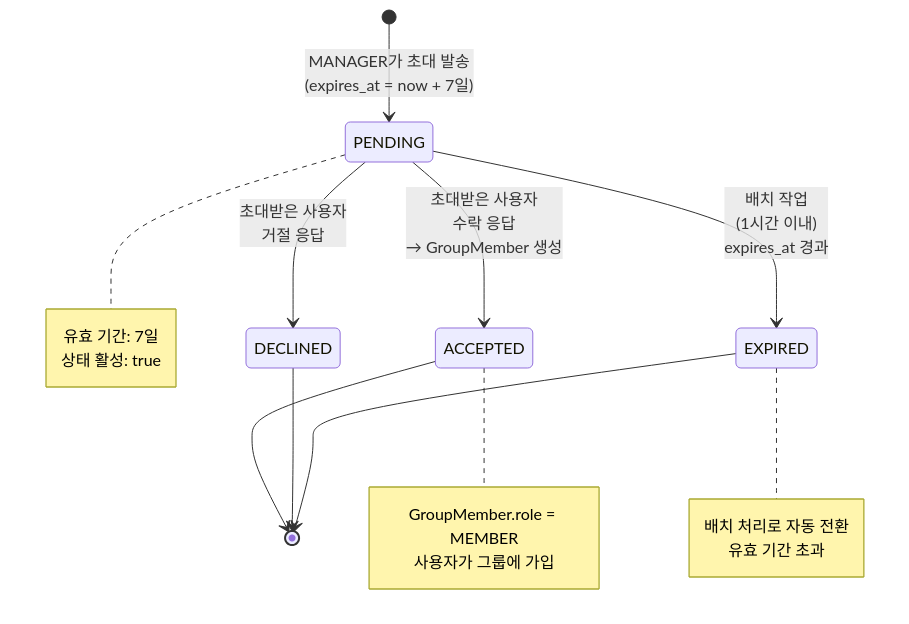
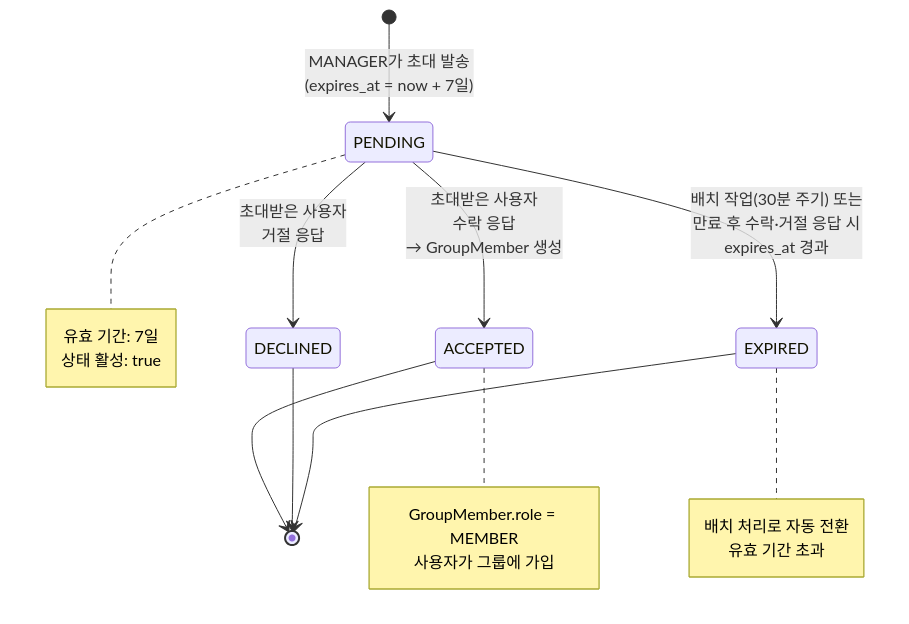
One commit to stepanowon/budget-book changed the fifth of 5 diagrams in docs/5-arch-diagram.md. Above: the diagram before and after it, drawn with Mermaid. The commit also changed other lines of this file and 12 other files, not shown here.

Commit message:
docs: 코드베이스 기준으로 문서 동기화 (인증 흐름, ERD, API 명세, 구조, 스타일 가이드 등)

````diff
--- a/docs/5-arch-diagram.md
+++ b/docs/5-arch-diagram.md
@@ -254,28 +276,28 @@
 ```mermaid
 stateDiagram-v2
     [*] --> PENDING: MANAGER가 초대 발송<br/>(expires_at = now + 7일)
 
     PENDING --> ACCEPTED: 초대받은 사용자<br/>수락 응답<br/>→ GroupMember 생성
     PENDING --> DECLINED: 초대받은 사용자<br/>거절 응답
 
-    PENDING --> EXPIRED: 배치 작업<br/>(1시간 이내)<br/>expires_at 경과
+    PENDING --> EXPIRED: 배치 작업(30분 주기) 또는<br/>만료 후 수락·거절 응답 시<br/>expires_at 경과
 
     ACCEPTED --> [*]
     DECLINED --> [*]
     EXPIRED --> [*]
 
     note right of PENDING
         유효 기간: 7일
         상태 활성: true
     end note
 
     note right of ACCEPTED
         GroupMember.role = MEMBER
         사용자가 그룹에 가입
     end note
 
     note right of EXPIRED
         배치 처리로 자동 전환
         유효 기간 초과
     end note
 ```
````
